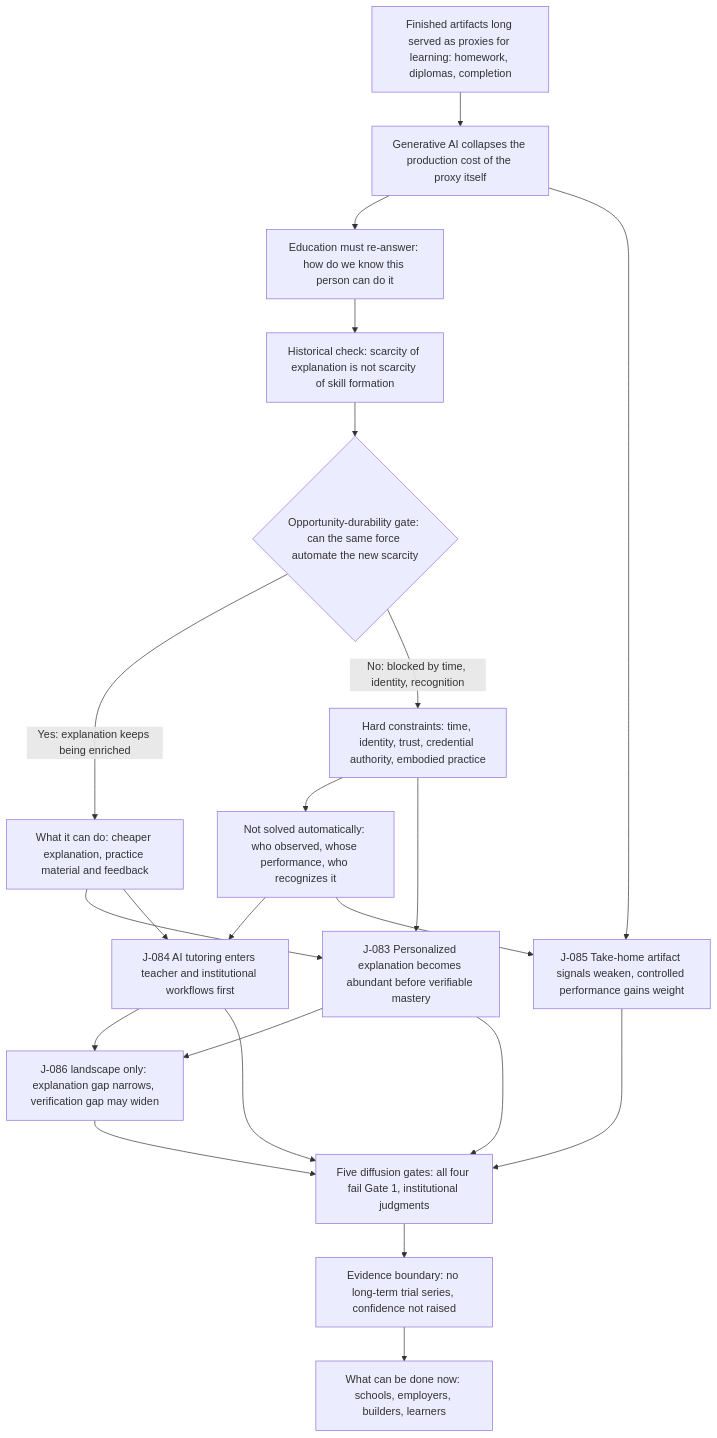
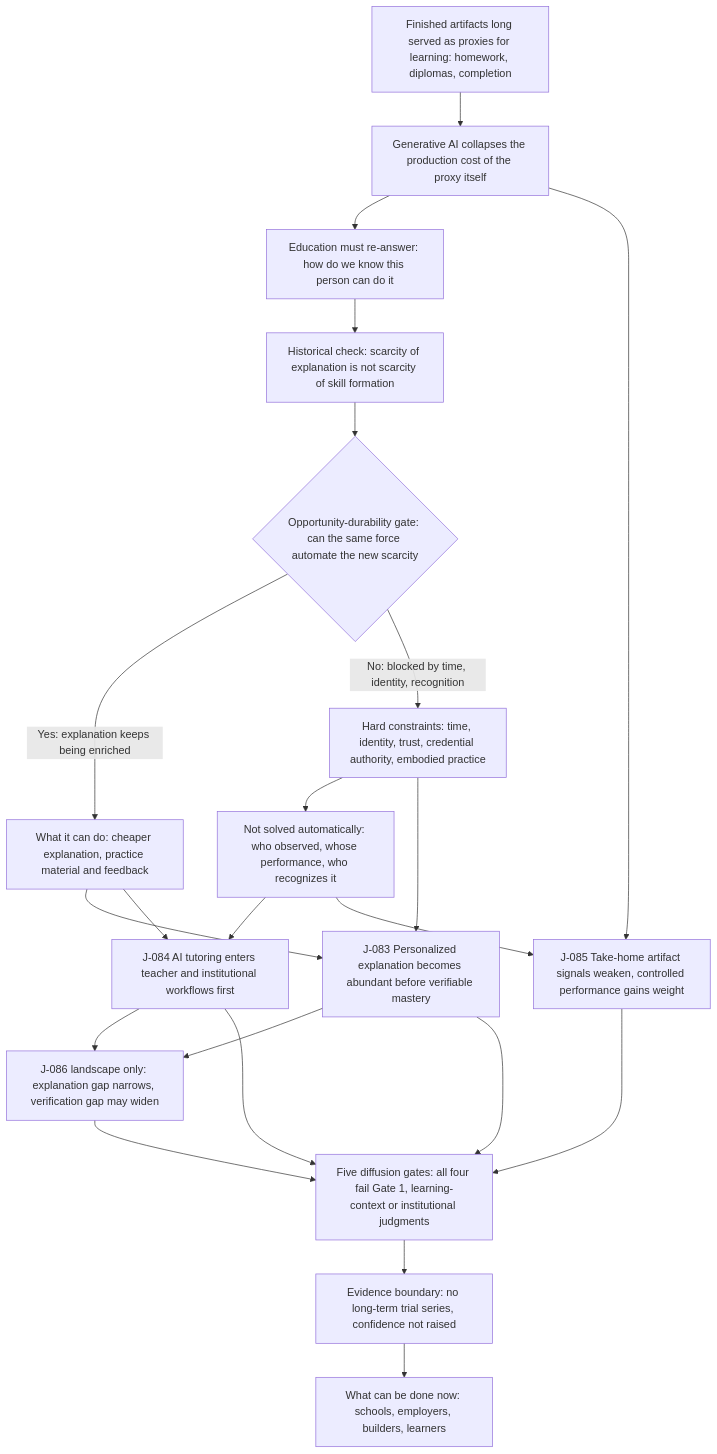
The diagram in docs/en/chains/60-education-skill-formation.md (SenZhangAI/foresight-by-ai), drawn with Mermaid before and after one commit. The commit also changed 11 other files, not shown here.

````diff
--- a/docs/en/chains/60-education-skill-formation.md
+++ b/docs/en/chains/60-education-skill-formation.md
@@ -30,24 +30,24 @@
 ```mermaid
 flowchart TD
   PROXY["Finished artifacts long served as proxies for learning: homework, diplomas, completion"] --> COLLAPSE["Generative AI collapses the production cost of the proxy itself"]
   COLLAPSE --> QUESTION["Education must re-answer: how do we know this person can do it"]
   QUESTION --> HIST["Historical check: scarcity of explanation is not scarcity of skill formation"]
   HIST --> GATE{"Opportunity-durability gate: can the same force automate the new scarcity"}
   GATE -->|"Yes: explanation keeps being enriched"| AUTO["What it can do: cheaper explanation, practice material and feedback"]
   GATE -->|"No: blocked by time, identity, recognition"| HARD["Hard constraints: time, identity, trust, credential authority, embodied practice"]
   HARD --> RESID["Not solved automatically: who observed, whose performance, who recognizes it"]
   AUTO --> J083["J-083 Personalized explanation becomes abundant before verifiable mastery"]
   HARD --> J083
   AUTO --> J084["J-084 AI tutoring enters teacher and institutional workflows first"]
   RESID --> J084
   COLLAPSE --> J085["J-085 Take-home artifact signals weaken, controlled performance gains weight"]
   RESID --> J085
   J083 --> J086["J-086 landscape only: explanation gap narrows, verification gap may widen"]
   J084 --> J086
-  J083 --> GATES["Five diffusion gates: all four fail Gate 1, institutional judgments"]
+  J083 --> GATES["Five diffusion gates: all four fail Gate 1, learning-context or institutional judgments"]
   J084 --> GATES
   J085 --> GATES
   J086 --> GATES
   GATES --> EVID["Evidence boundary: no long-term trial series, confidence not raised"]
   EVID --> ACT["What can be done now: schools, employers, builders, learners"]
 ```
````
